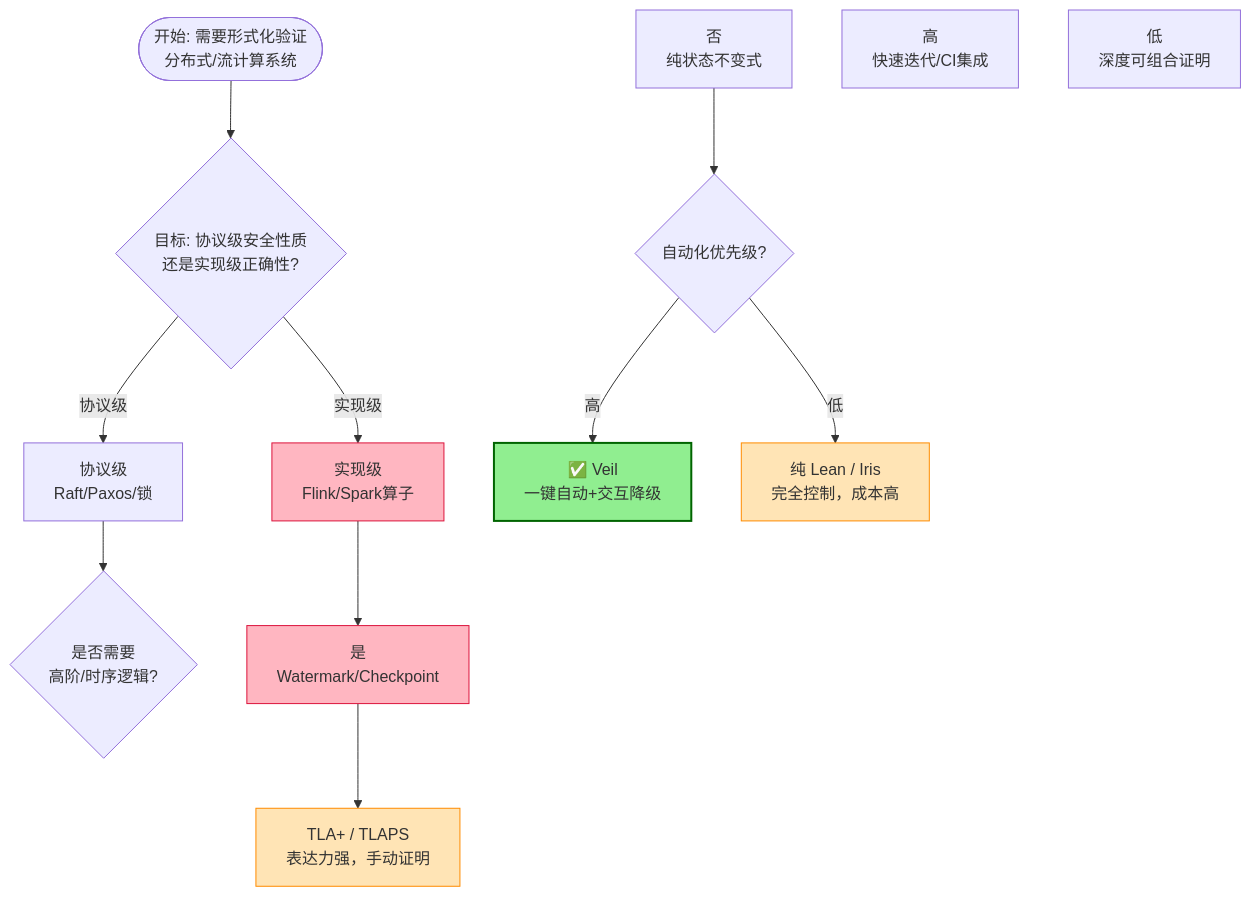
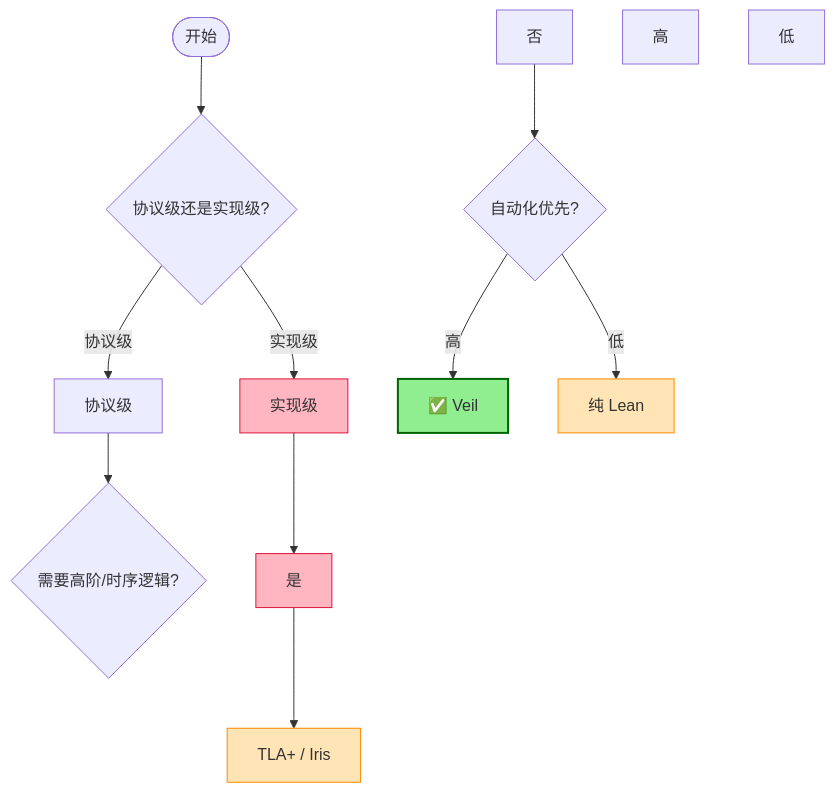
One commit to AdaMartin18010/AnalysisDataFlow changed the second of 2 diagrams in Struct/07-tools/veil-framework-cav2025-production-assessment.md. Above: the diagram before and after it, drawn with Mermaid. The commit also changed other lines of this file and 12 other files, not shown here.

````diff
--- a/Struct/07-tools/veil-framework-cav2025-production-assessment.md
+++ b/Struct/07-tools/veil-framework-cav2025-production-assessment.md
@@ -217,27 +213,27 @@
 ```mermaid
 flowchart TD
-    START(["开始: 需要形式化验证<br/>分布式/流计算系统"])
-    Q1{"目标: 协议级安全性质<br/>还是实现级正确性?"}
-    PROTOCOL["协议级<br/>Raft/Paxos/锁"]
-    IMPL["实现级<br/>Flink/Spark算子"]
-    Q2{"是否需要<br/>高阶/时序逻辑?"}
-    NEED_HO["是<br/>Watermark/Checkpoint"]
-    FO_ONLY["否<br/>纯状态不变式"]
-    Q3{"自动化优先级?"}
-    AUTO_HIGH["高<br/>快速迭代/CI集成"]
-    PROOF_FINE["低<br/>深度可组合证明"]
+    START(["开始"])
+    Q1{"协议级还是实现级?"}
+    PROTOCOL["协议级"]
+    IMPL["实现级"]
+    Q2{"需要高阶/时序逻辑?"}
+    NEED_HO["是"]
+    FO_ONLY["否"]
+    Q3{"自动化优先?"}
+    AUTO_HIGH["高"]
+    PROOF_FINE["低"]
     START --> Q1
     Q1 -->|协议级| PROTOCOL
     Q1 -->|实现级| IMPL
     PROTOCOL --> Q2
     IMPL --> NEED_HO
-    NEED_HO --> TLA["TLA+ / TLAPS<br/>表达力强，手动证明"]
+    NEED_HO --> TLA["TLA+ / Iris"]
     FO_ONLY --> Q3
-    Q3 -->|高| VEIL["✅ Veil<br/>一键自动+交互降级"]
-    Q3 -->|低| LEAN["纯 Lean / Iris<br/>完全控制，成本高"]
+    Q3 -->|高| VEIL["✅ Veil"]
+    Q3 -->|低| LEAN["纯 Lean"]
     style VEIL fill:#90EE90,stroke:#006400,stroke-width:2px
     style TLA fill:#FFE4B5,stroke:#FF8C00,stroke-width:1px
     style LEAN fill:#FFE4B5,stroke:#FF8C00,stroke-width:1px
     style NEED_HO fill:#FFB6C1,stroke:#DC143C,stroke-width:1px
     style IMPL fill:#FFB6C1,stroke:#DC143C,stroke-width:1px
 ```
````
